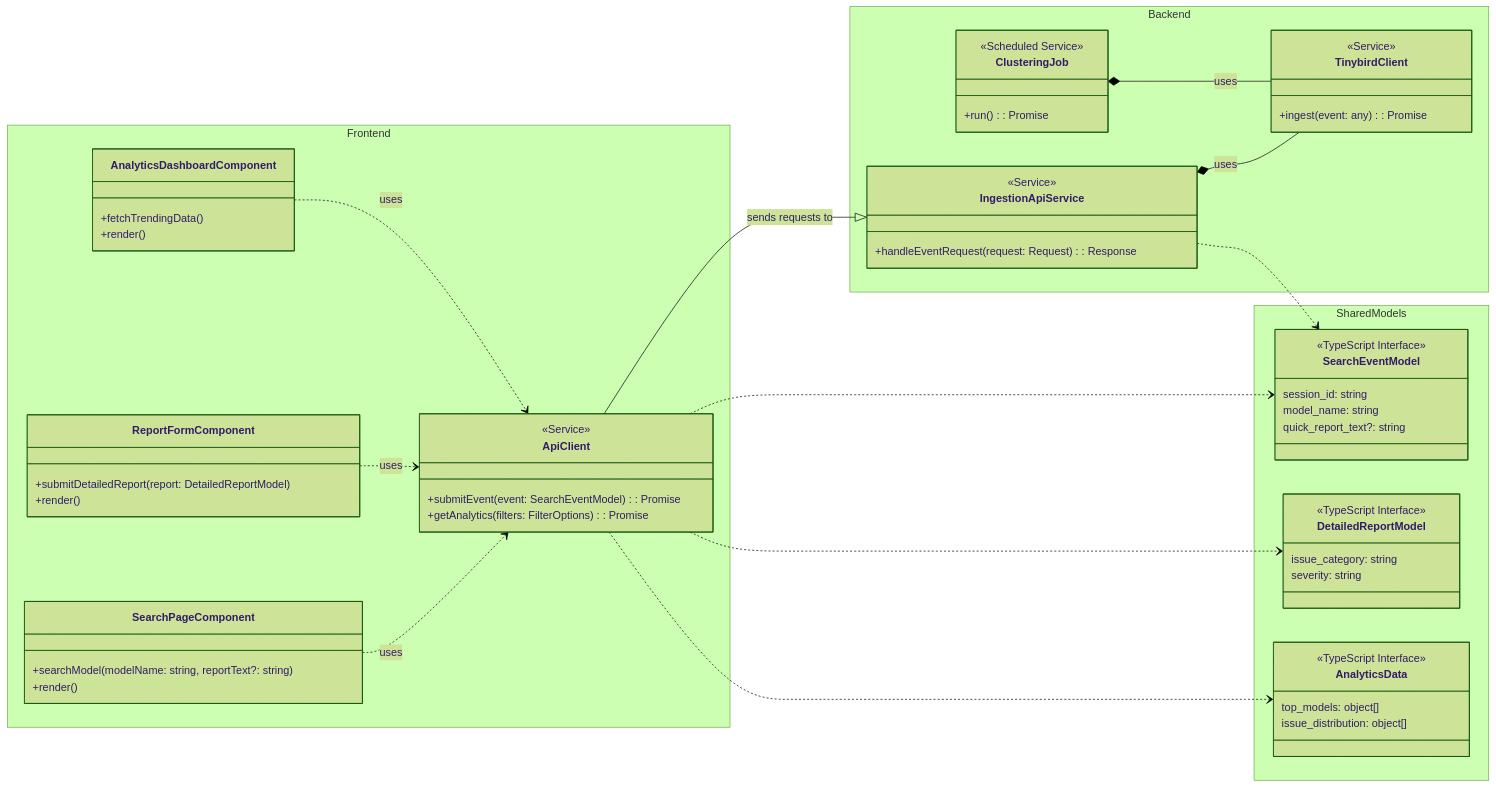
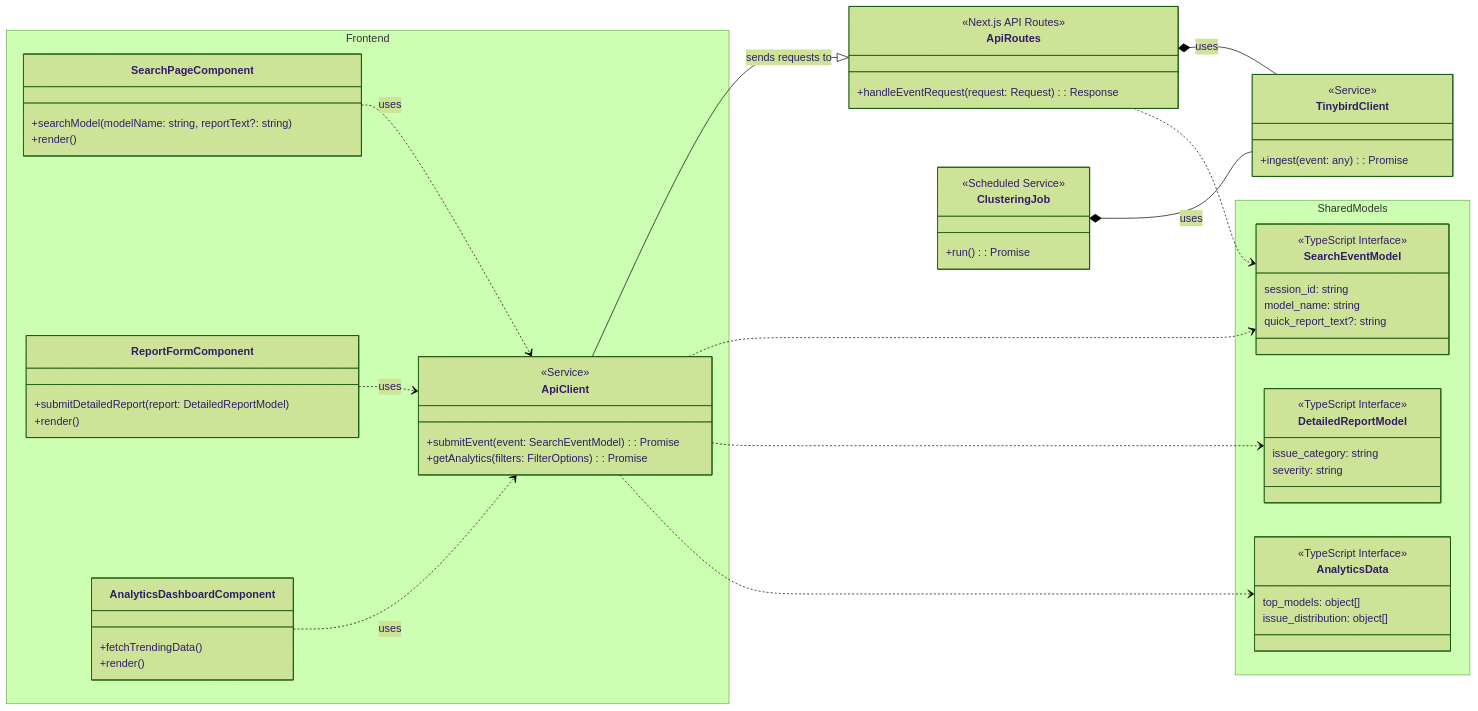
Before and after one commit to hvent90/is-it-dumb: the third of 3 diagrams in .nautex/docs/TRD.md, drawn with Mermaid (forest theme). The commit also changed other lines of this file and 15 other files, not shown here.

First line of the commit message:
feat: migrate to unified Next.js architecture and enhance UI

````diff
--- a/.nautex/docs/TRD.md
+++ b/.nautex/docs/TRD.md
@@ -203,70 +192,68 @@
 ```mermaid
 classDiagram
     direction LR
 
     namespace Frontend {
         class SearchPageComponent {
             +searchModel(modelName: string, reportText?: string)
             +render()
         }
         class ReportFormComponent {
             +submitDetailedReport(report: DetailedReportModel)
             +render()
         }
         class AnalyticsDashboardComponent {
             +fetchTrendingData()
             +render()
         }
         class ApiClient {
             <<Service>>
             +submitEvent(event: SearchEventModel): Promise<void>
             +getAnalytics(filters: FilterOptions): Promise<AnalyticsData>
         }
     }
 
-    namespace Backend {
-        class IngestionApiService {
-            <<Service>>
-            +handleEventRequest(request: Request): Response
-        }
-        class TinybirdClient {
-            <<Service>>
-            +ingest(event: any): Promise<void>
-        }
-        class ClusteringJob {
-            <<Scheduled Service>>
-            +run(): Promise<void>
-        }
+    class ApiRoutes {
+        <<Next.js API Routes>>
+        +handleEventRequest(request: Request): Response
+    }
+    class TinybirdClient {
+        <<Service>>
+        +ingest(event: any): Promise<void>
+    }
+    class ClusteringJob {
+        <<Scheduled Service>>
+        +run(): Promise<void>
     }
     
     namespace SharedModels {
         class SearchEventModel {
             <<TypeScript Interface>>
             session_id: string
             model_name: string
             quick_report_text?: string
         }
         class DetailedReportModel {
             <<TypeScript Interface>>
             issue_category: string
             severity: string
         }
         class AnalyticsData {
             <<TypeScript Interface>>
             top_models: object[]
             issue_distribution: object[]
         }
     }
 
     SearchPageComponent ..> ApiClient : uses
     ReportFormComponent ..> ApiClient : uses
     AnalyticsDashboardComponent ..> ApiClient : uses
-    ApiClient --|> IngestionApiService : sends requests to
-    IngestionApiService *-- TinybirdClient : uses
+    ApiClient --|> ApiRoutes : sends requests to
+    ApiRoutes *-- TinybirdClient : uses
     ClusteringJob *-- TinybirdClient : uses
 
     ApiClient ..> SearchEventModel
     ApiClient ..> DetailedReportModel
     ApiClient ..> AnalyticsData
-    IngestionApiService ..> SearchEventModel
+    ApiRoutes ..> SearchEventModel
 ```
````
